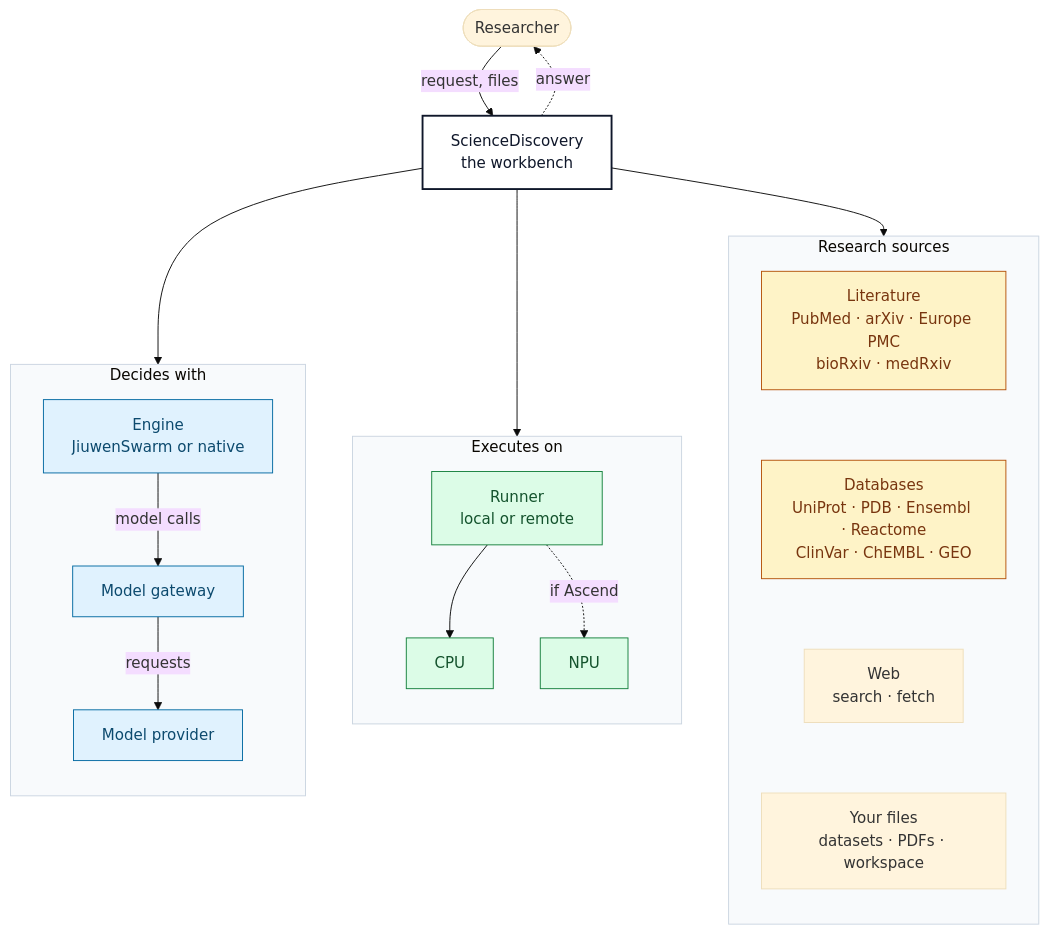
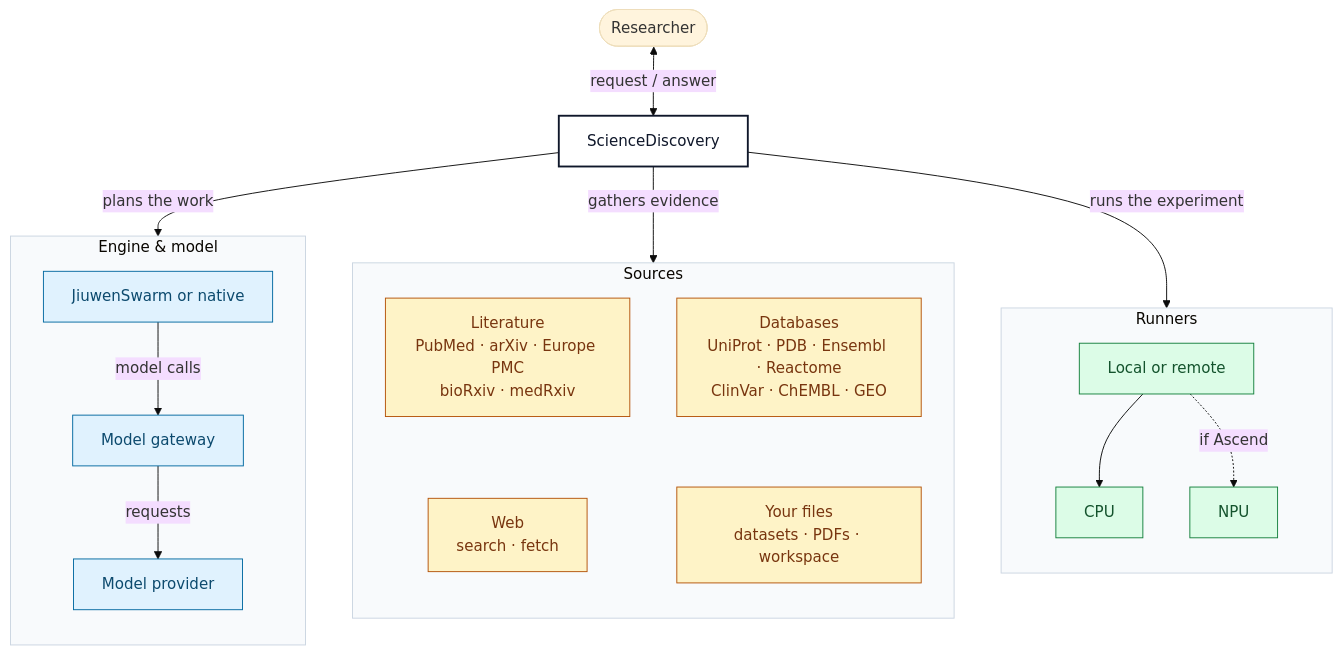
Before and after one commit to michaelatamuk/agentic-desk: the first of 6 diagrams in company/sciencediscovery/overview.md, drawn with Mermaid (base theme). The commit also changed other lines of this file, not shown here.

Commit message:
docs(company): refine the ScienceDiscovery at-a-glance view

````diff
--- a/company/sciencediscovery/overview.md
+++ b/company/sciencediscovery/overview.md
@@ -34,52 +34,50 @@
 ```mermaid
 flowchart TD
   R(["Researcher"])
-  SD["ScienceDiscovery<br/>the workbench"]
+  SD["ScienceDiscovery"]
 
-  subgraph DEC["Decides with"]
+  subgraph DEC["Engine & model"]
     direction TB
-    ENG["Engine<br/>JiuwenSwarm or native"]
+    ENG["JiuwenSwarm or native"]
     GW["Model gateway"]
     MP["Model provider"]
     ENG -->|"model calls"| GW
     GW -->|"requests"| MP
   end
 
-  subgraph EXE["Executes on"]
+  subgraph DATA["Sources"]
     direction TB
-    RUN["Runner<br/>local or remote"]
+    LIT["Literature<br/>PubMed · arXiv · Europe PMC<br/>bioRxiv · medRxiv"]
+    DB["Databases<br/>UniProt · PDB · Ensembl · Reactome<br/>ClinVar · ChEMBL · GEO"]
+    WEB["Web<br/>search · fetch"]
+    FILES["Your files<br/>datasets · PDFs · workspace"]
+    LIT ~~~ WEB
+    DB ~~~ FILES
+  end
+
+  subgraph EXE["Runners"]
+    direction TB
+    RUN["Local or remote"]
     CPU["CPU"]
     NPU["NPU"]
     RUN --> CPU
     RUN -.->|"if Ascend"| NPU
   end
 
-  subgraph DATA["Research sources"]
-    direction TB
-    LIT["Literature<br/>PubMed · arXiv · Europe PMC<br/>bioRxiv · medRxiv"]
-    DB["Databases<br/>UniProt · PDB · Ensembl · Reactome<br/>ClinVar · ChEMBL · GEO"]
-    WEB["Web<br/>search · fetch"]
-    FILES["Your files<br/>datasets · PDFs · workspace"]
-    LIT ~~~ DB
-    DB ~~~ WEB
-    WEB ~~~ FILES
-  end
-
-  R -->|"request, files"| SD
-  SD --> DEC
-  SD --> EXE
-  SD --> DATA
-  SD -.->|"answer"| R
+  R <-->|"request / answer"| SD
+  SD -->|"plans the work"| DEC
+  SD -->|"gathers evidence"| DATA
+  SD -->|"runs the experiment"| EXE
 
   classDef core fill:#ffffff,stroke:#0f172a,stroke-width:2px,color:#0f172a;
   classDef engine fill:#e0f2fe,stroke:#0369a1,color:#0c4a6e;
   classDef runner fill:#dcfce7,stroke:#15803d,color:#14532d;
   classDef data fill:#fef3c7,stroke:#b45309,color:#78350f;
   class SD core;
   class ENG,GW,MP engine;
   class RUN,CPU,NPU runner;
-  class LIT,DB data;
+  class LIT,DB,WEB,FILES data;
   style DEC fill:#f8fafc,stroke:#cbd5e1;
   style EXE fill:#f8fafc,stroke:#cbd5e1;
   style DATA fill:#f8fafc,stroke:#cbd5e1;
 ```
````
